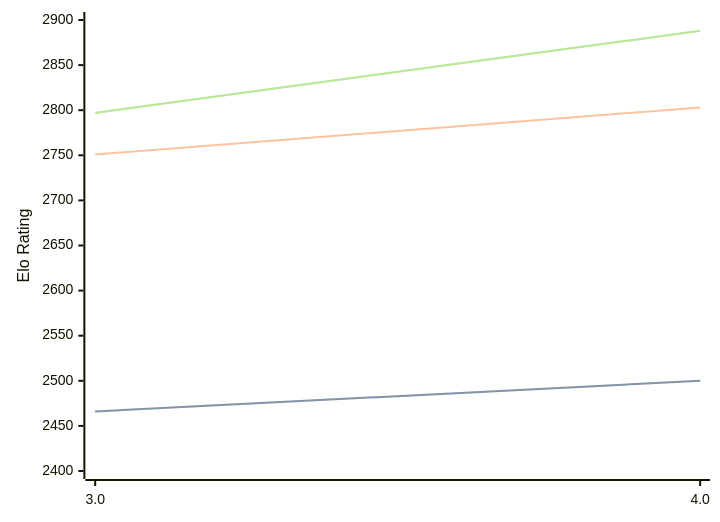
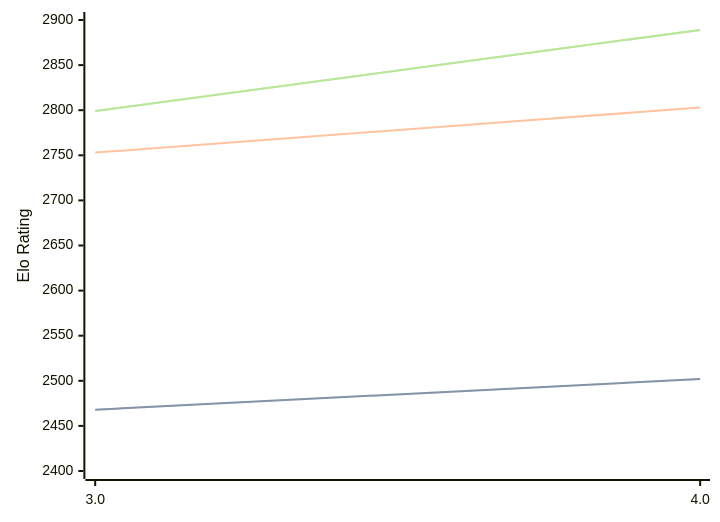
Before and after one commit to computer-chess-index/cci: the diagram in engines/Chess3.md, drawn with Mermaid. The commit also changed other lines of this file, not shown here.

Commit message:
Update CCI Ratings (ELO VLTC) - 2026-08-26

````diff
--- a/engines/Chess3.md
+++ b/engines/Chess3.md
@@ -32,11 +32,11 @@
 ```mermaid
 %%{init: {"theme":"base","themeVariables":{"seriesColors:['#a3a3a3','#222221','#faa371']}}}%%
 xychart-beta
   x-axis ["3.0", "4.0"]
   y-axis "Elo Rating" 2400 --> 2900
-  line "STC (8.0+0.08s)" [2466, 2500]
-  line "STC (8.0+0.08s)" [2466, 2500]
-  line "LTC (60.0+0.60s)" [2751, 2803]
-  line "VLTC (2m24s+1.12s)" [2797, 2888]
-  line "VLTC (2m24s+1.12s)" [2797, 2888]
+  line "STC (8.0+0.08s)" [2468, 2502]
+  line "STC (8.0+0.08s)" [2468, 2502]
+  line "LTC (60.0+0.60s)" [2753, 2803]
+  line "VLTC (2m24s+1.12s)" [2799, 2889]
+  line "VLTC (2m24s+1.12s)" [2799, 2889]
 ```
````
